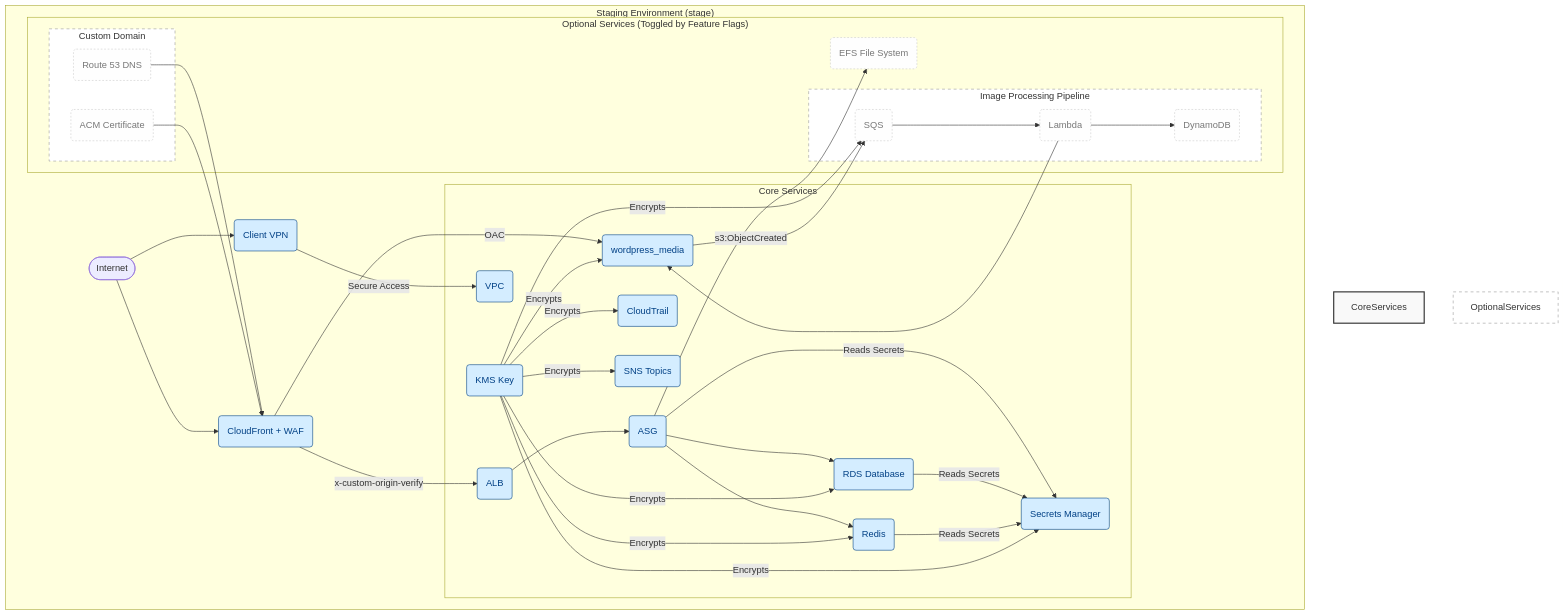
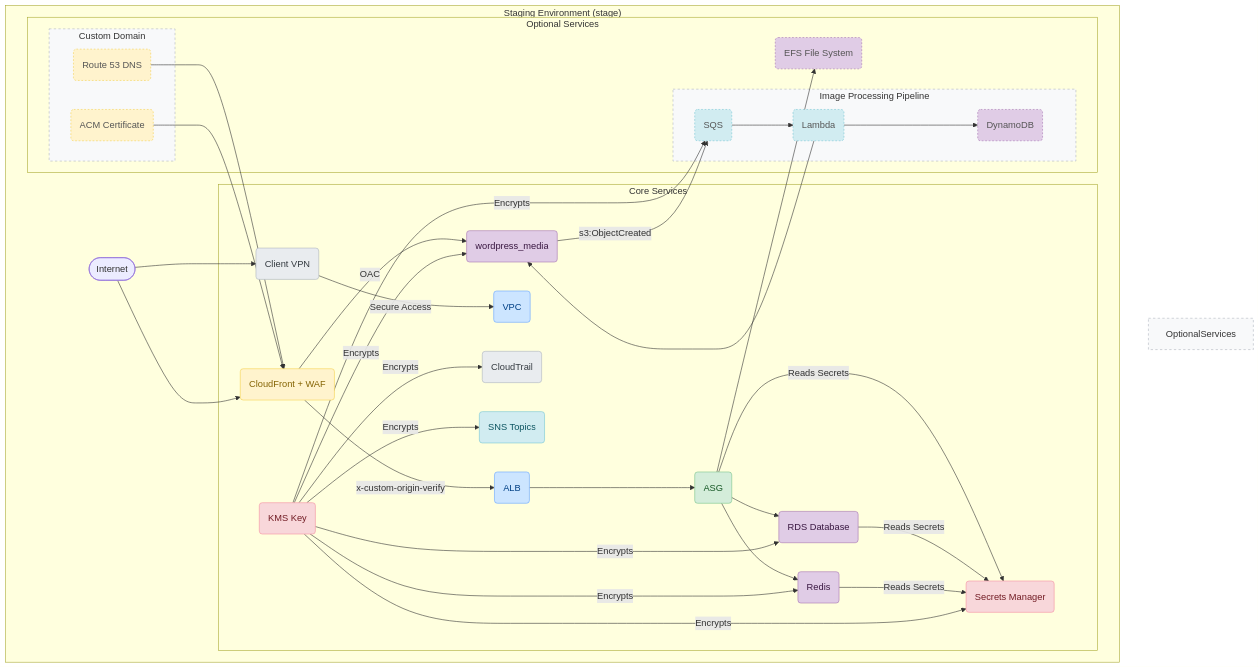
Before and after one commit to hetmanskyi-cloud/AWS: the diagram in terraform/environments/stage/README.md, drawn with Mermaid. The commit also changed 5 other files, not shown here.

````diff
--- a/terraform/environments/stage/README.md
+++ b/terraform/environments/stage/README.md
@@ -39,7 +39,6 @@
         direction LR
 
         subgraph "Core Services"
-            style CoreServices fill:#f9f9f9,stroke:#333,stroke-width:2px
             VPC(VPC)
             ALB(ALB)
             ASG(ASG)
@@ -50,29 +49,31 @@
             SecretsManager(Secrets Manager)
             SNS(SNS Topics)
             CloudTrail(CloudTrail)
+            CloudFront(CloudFront + WAF)
+            ClientVPN(Client VPN)
         end
 
-        subgraph "Optional Services (Toggled by Feature Flags)"
-            style OptionalServices fill:#fff,stroke:#999,stroke-dasharray: 5 5
+        subgraph "Optional Services"
+            style OptionalServices fill:#f8f9fa,stroke:#adb5bd,stroke-dasharray: 4 4
             EFS(EFS File System)
 
             subgraph Lambda_Pipeline [Image Processing Pipeline]
-                style Lambda_Pipeline fill:#fff,stroke:#999,stroke-dasharray: 5 5
+                style Lambda_Pipeline fill:#f8f9fa,stroke:#adb5bd,stroke-dasharray: 4 4
                 Lambda(Lambda)
                 SQS(SQS)
                 DynamoDB(DynamoDB)
             end
 
             subgraph CustomDomain [Custom Domain]
-                style CustomDomain fill:#fff,stroke:#999,stroke-dasharray: 5 5
+                style CustomDomain fill:#f8f9fa,stroke:#adb5bd,stroke-dasharray: 4 4
                 ACM(ACM Certificate)
                 Route53(Route 53 DNS)
             end
         end
 
         %% Connections
-        Internet([Internet]) --> ClientVPN(Client VPN)
-        Internet --> CloudFront(CloudFront + WAF)
+        Internet([Internet]) --> ClientVPN
+        Internet --> CloudFront
 
         CloudFront -->|"x-custom-origin-verify"| ALB
         CloudFront -->|"OAC"| S3(wordpress_media)
@@ -105,9 +106,24 @@
         ACM --> CloudFront
     end
 
-    classDef core fill:#d4edff,stroke:#004085,color:#004085;
-    classDef optional fill:#fefefe,stroke:#ccc,stroke-dasharray: 3 3,color:#777;
-    class VPC,ALB,ASG,RDS,ElastiCache,S3,KMS,SecretsManager,SNS,CloudTrail,CloudFront,ClientVPN core;
-    class EFS,Lambda,SQS,DynamoDB,ACM,Route53 optional;
+    %% Style Definitions
+    classDef network fill:#cce5ff,stroke:#66a3ff,color:#004085
+    classDef compute fill:#d4edda,stroke:#77c289,color:#155724
+    classDef datastore fill:#e0cce6,stroke:#a673b2,color:#381640
+    classDef security fill:#f8d7da,stroke:#f58fa0,color:#721c24
+    classDef cdn fill:#fff3cd,stroke:#f5d04d,color:#856404
+    classDef integration fill:#d1ecf1,stroke:#74c6d4,color:#0c5460
+    classDef access fill:#e9ecef,stroke:#adb5bd,color:#343a40
+    classDef optional stroke-dasharray: 3 3,color:#555
 
+    %% Apply Styles
+    class VPC,ALB network
+    class ASG compute
+    class RDS,ElastiCache,S3,DynamoDB,EFS datastore
+    class KMS,SecretsManager security
+    class CloudFront,Route53,ACM cdn
+    class Lambda,SQS,SNS integration
+    class ClientVPN,CloudTrail access
+
+    class EFS,Lambda,SQS,DynamoDB,ACM,Route53 optional
 ```
````
